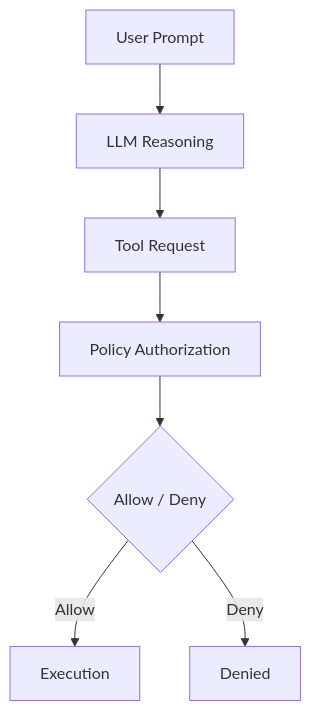
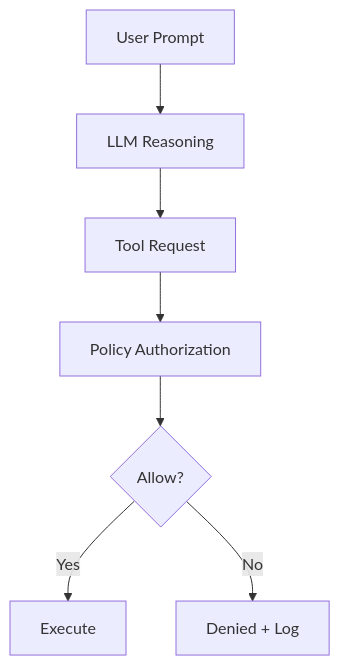
The diagram in postmortems/PM_008_tool_authority_escalation.md (failuresmith/failure_atlas), drawn with Mermaid before and after one commit. The commit also changed other lines of this file and 25 other files, not shown here.

````diff
--- a/postmortems/PM_008_tool_authority_escalation.md
+++ b/postmortems/PM_008_tool_authority_escalation.md
@@ -45,17 +17,7 @@
 ```mermaid
 flowchart TD
-    A[User Prompt]
-    B[LLM Reasoning]
-    C[Tool Request]
-    D[Policy Authorization]
-    E{Allow / Deny}
-    F[Execution]
-    G[Denied]
-
-    A --> B
-    B --> C
-    C --> D
-    D --> E
-    E -->|Allow| F
-    E -->|Deny| G
+    A[User Prompt] --> B[LLM Reasoning] --> C[Tool Request]
+    C --> D[Policy Authorization] --> E{Allow?}
+    E -->|Yes| F[Execute]
+    E -->|No| G[Denied + Log]
 ```
````
